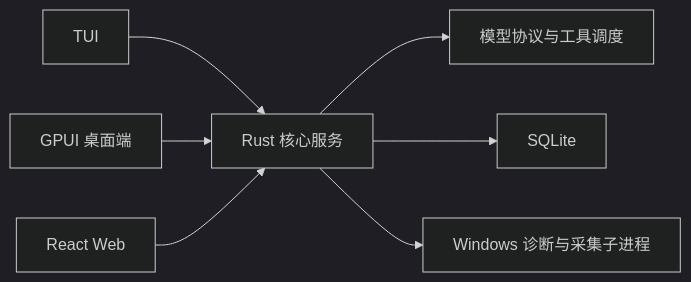
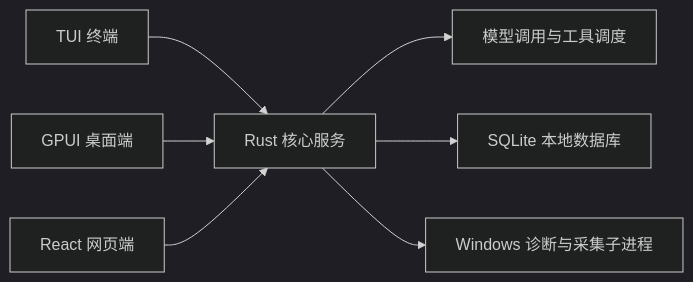
One commit to SCAU-Computer-Serving-Team/cst-pilot changed the diagram in doc/rust/prototype.md. Above: the diagram before and after it, drawn with Mermaid (dark theme). The commit also changed other lines of this file and 4 other files, not shown here.

````diff
--- a/doc/rust/prototype.md
+++ b/doc/rust/prototype.md
@@ -11,9 +11,9 @@
 ```mermaid
 flowchart LR
-    TUI["TUI"] --> Core["Rust 核心服务"]
+    TUI["TUI 终端"] --> Core["Rust 核心服务"]
     Desktop["GPUI 桌面端"] --> Core
-    Web["React Web"] --> Core
-    Core --> Model["模型协议与工具调度"]
-    Core --> DB["SQLite"]
+    Web["React 网页端"] --> Core
+    Core --> Model["模型调用与工具调度"]
+    Core --> DB["SQLite 本地数据库"]
     Core --> Tools["Windows 诊断与采集子进程"]
 ```
````
